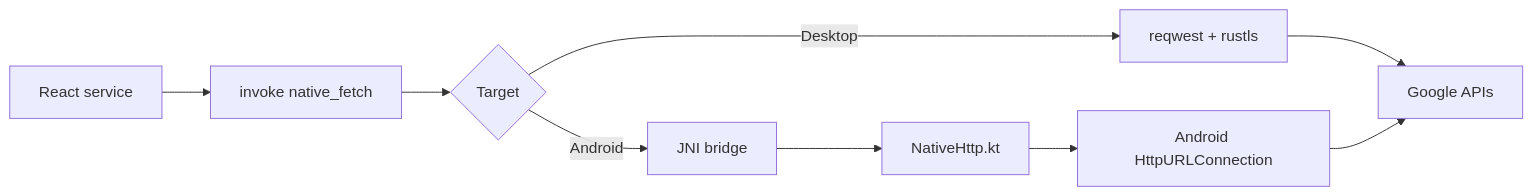
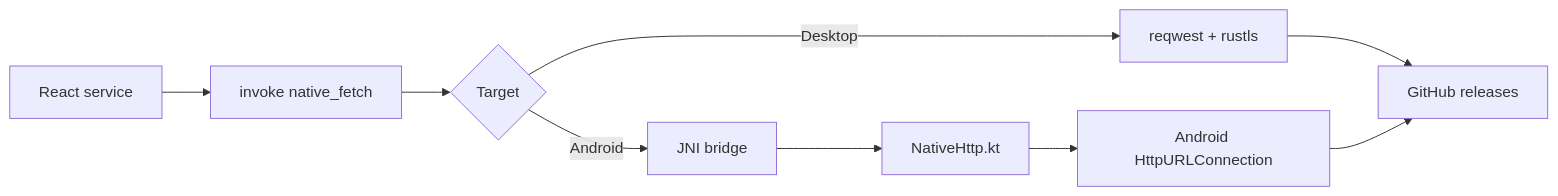
Before and after one commit to Praesens-tech/passwordKeeper: the seventh of 7 diagrams in README.md, drawn with Mermaid. The commit also changed other lines of this file and 55 other files, not shown here.

````diff
--- a/README.md
+++ b/README.md
@@ -376,11 +348,11 @@
 ```mermaid
 flowchart LR
   React[React service] --> Invoke[invoke native_fetch]
   Invoke --> Rust{Target}
   Rust -->|Desktop| Reqwest[reqwest + rustls]
   Rust -->|Android| JNI[JNI bridge]
   JNI --> Kotlin[NativeHttp.kt]
   Kotlin --> HttpURLConnection[Android HttpURLConnection]
-  Reqwest --> Google[Google APIs]
-  HttpURLConnection --> Google
+  Reqwest --> GitHub[GitHub releases]
+  HttpURLConnection --> GitHub
 ```
````
